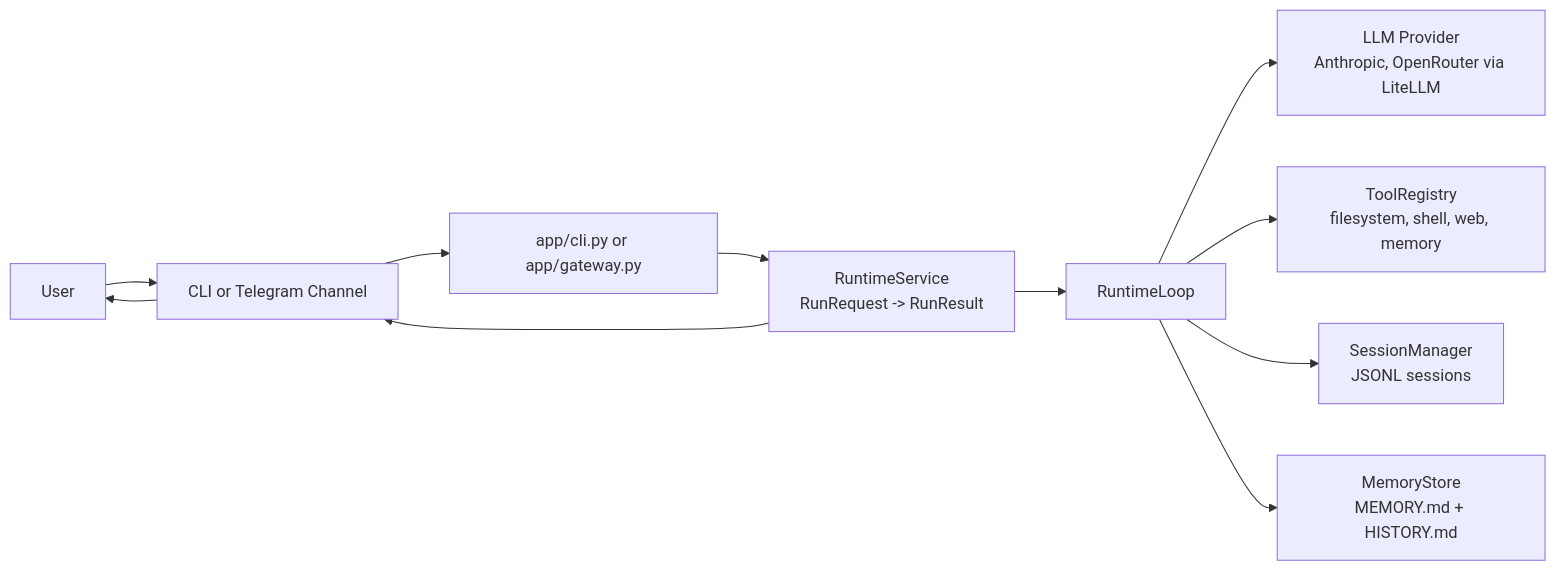
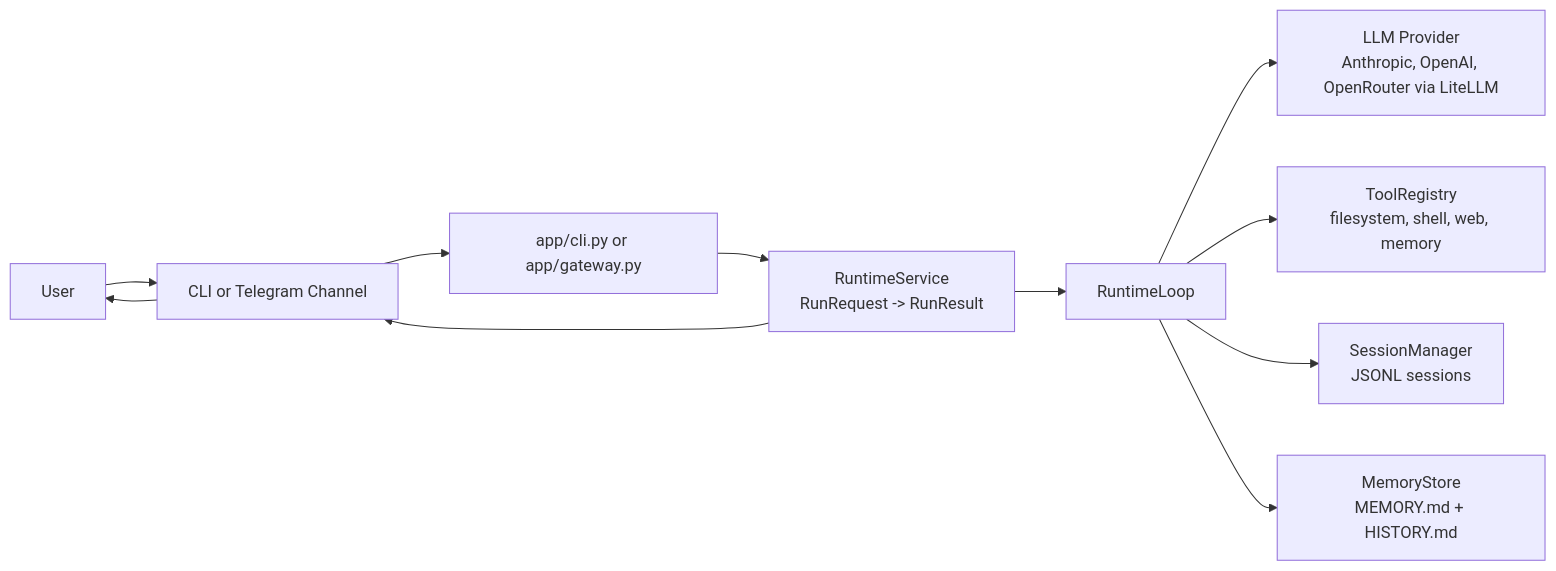
The diagram in README.md (milescole/sideclaw), drawn with Mermaid before and after one commit. The commit also changed other lines of this file and 9 other files, not shown here.

Commit message:
feat(providers): add direct OpenAI provider

````diff
--- a/README.md
+++ b/README.md
@@ -29,13 +29,13 @@
 ```mermaid
 flowchart LR
     U[User] --> C[CLI or Telegram Channel]
     C --> APP[app/cli.py or app/gateway.py]
     APP --> R[RuntimeService<br/>RunRequest -> RunResult]
     R --> A[RuntimeLoop]
-    A --> P[LLM Provider<br/>Anthropic, OpenRouter via LiteLLM]
+    A --> P[LLM Provider<br/>Anthropic, OpenAI, OpenRouter via LiteLLM]
     A --> T[ToolRegistry<br/>filesystem, shell, web, memory]
     A --> S[SessionManager<br/>JSONL sessions]
     A --> M[MemoryStore<br/>MEMORY.md + HISTORY.md]
     R --> C
     C --> U
 ```
````
